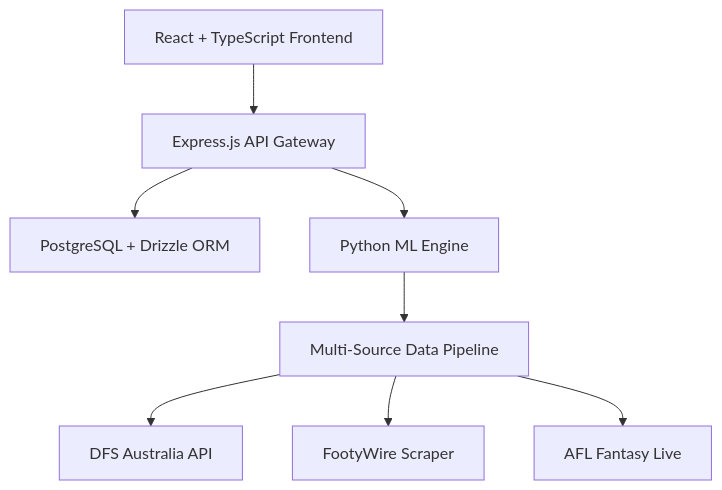
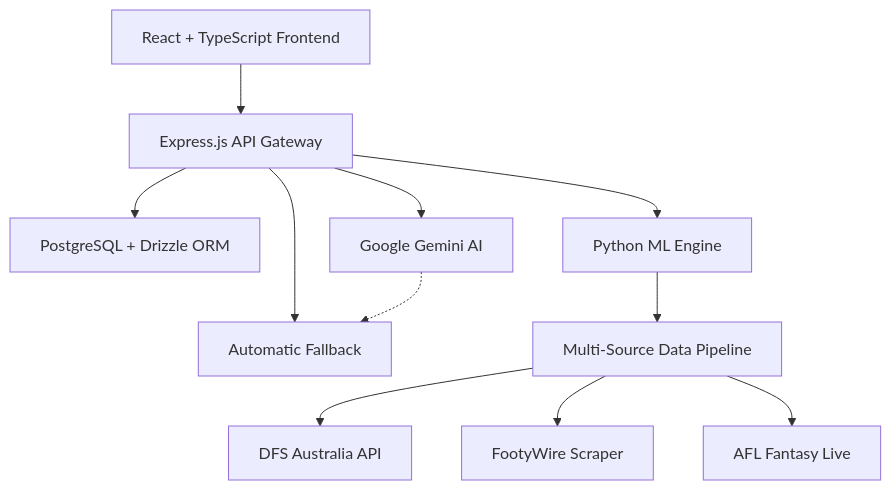
One commit to tiation/AflFantasyManager changed the diagram in README.md. Above: the diagram before and after it, drawn with Mermaid. The commit also changed other lines of this file, not shown here.

````diff
--- a/README.md
+++ b/README.md
@@ -27,10 +27,13 @@
 ```mermaid
 graph TB
     A[React + TypeScript Frontend] --> B[Express.js API Gateway]
     B --> C[PostgreSQL + Drizzle ORM]
     B --> D[Python ML Engine]
+    B --> I[Google Gemini AI]
+    B --> J[OpenAI Fallback]
     D --> E[Multi-Source Data Pipeline]
     E --> F[DFS Australia API]
     E --> G[FootyWire Scraper]
     E --> H[AFL Fantasy Live]
+    I -.-> J[Automatic Fallback]
 ```
````
